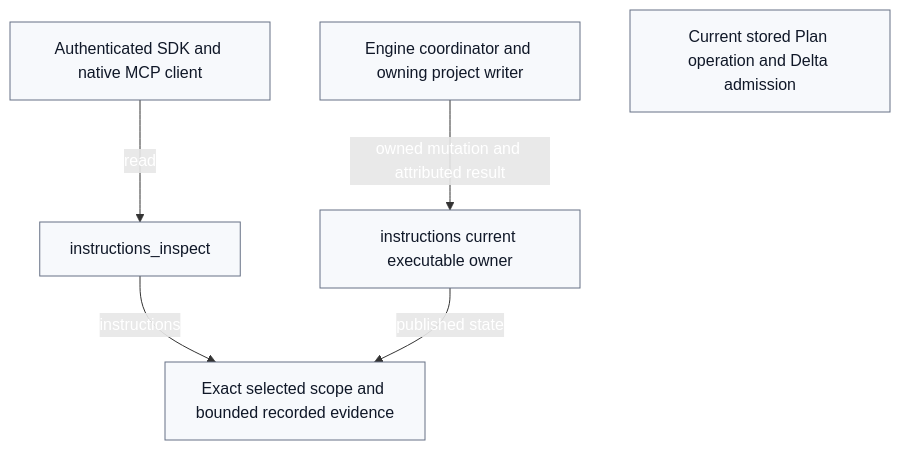
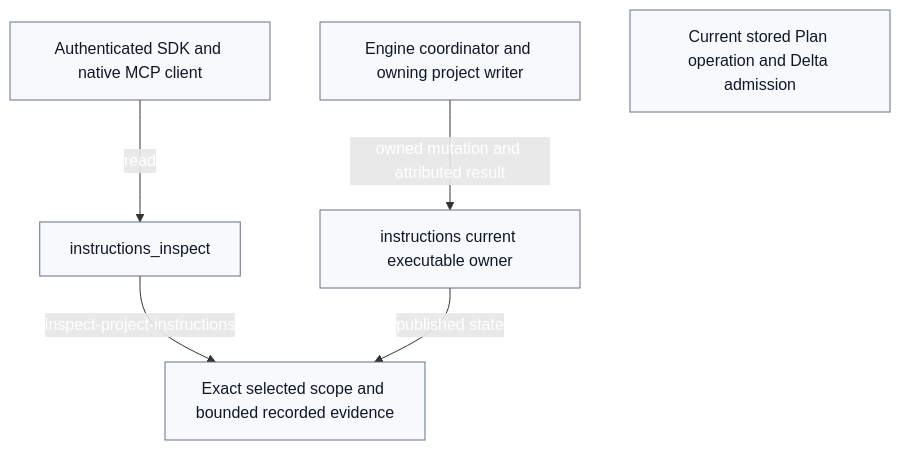
One commit to rathee000001/evidence_lane_plugin changed the diagram in plugins/evidence-lane-plugin/authorities/instructions/workflow.mmd. Above: the diagram before and after it, drawn with Mermaid. The commit also changed 2566 other files, not shown here.

```diff
--- a/plugins/evidence-lane-plugin/authorities/instructions/workflow.mmd
+++ b/plugins/evidence-lane-plugin/authorities/instructions/workflow.mmd
@@ -1,27 +1,27 @@
 flowchart TB
 %% EVIDENCE_LANE_GRAPH_ENGINE=LANGGRAPH_STATEGRAPH
 %% LANGGRAPH_VERSION=1.2.11
 %% LANGGRAPH_EXPORT_SHA256=69524B1EEB79F82437F1921F441A977A6134442EAE7E654AA7F0CA12DA67E88D
 %% EVIDENCE_LANE_LAYOUT=BALANCED_TWO_DIMENSIONAL_FANOUT_V1
 %% EVIDENCE_LANE_LAYOUT_CONSTRAINT_COUNT=0
   classDef root fill:#101828,stroke:#101828,color:#fff,stroke-width:2px;
   classDef source fill:#edf5ff,stroke:#125cdd,color:#101828;
   classDef semantic fill:#f0ebff,stroke:#7147c7,color:#101828;
   classDef retrieval fill:#eaf8f1,stroke:#24805c,color:#101828;
   classDef git fill:#fff7e7,stroke:#c88722,color:#101828;
   classDef lifecycle fill:#fff1f0,stroke:#ba4236,color:#101828;
   classDef output fill:#f7f9fc,stroke:#667085,color:#101828;
   classDef warn fill:#fff7e7,stroke:#c88722,color:#101828;
   classDef table fill:#f0ebff,stroke:#7147c7,color:#101828;
   classDef column fill:#f7f9fc,stroke:#667085,color:#101828;
   classDef default fill:#f7f9fc,stroke:#667085,color:#101828;
   sdk["Authenticated SDK and native MCP client"]:::default
   read["Exact selected scope and bounded recorded evidence"]:::default
   writer["Engine coordinator and owning project writer"]:::default
   delta["Current stored Plan operation and Delta admission"]:::default
   owner["instructions current executable owner"]:::default
   action_instructions_inspect["instructions_inspect"]:::default
   sdk -->|"read"| action_instructions_inspect
-  action_instructions_inspect -->|"instructions"| read
+  action_instructions_inspect -->|"inspect-project-instructions"| read
   writer -->|"owned mutation and attributed result"| owner
   owner -->|"published state"| read
```
